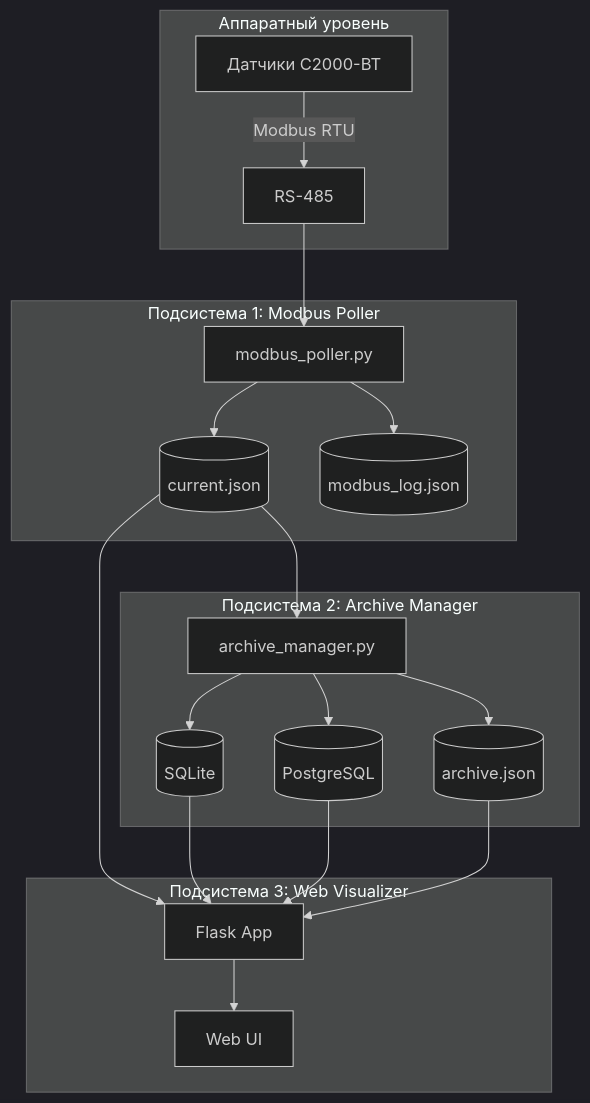
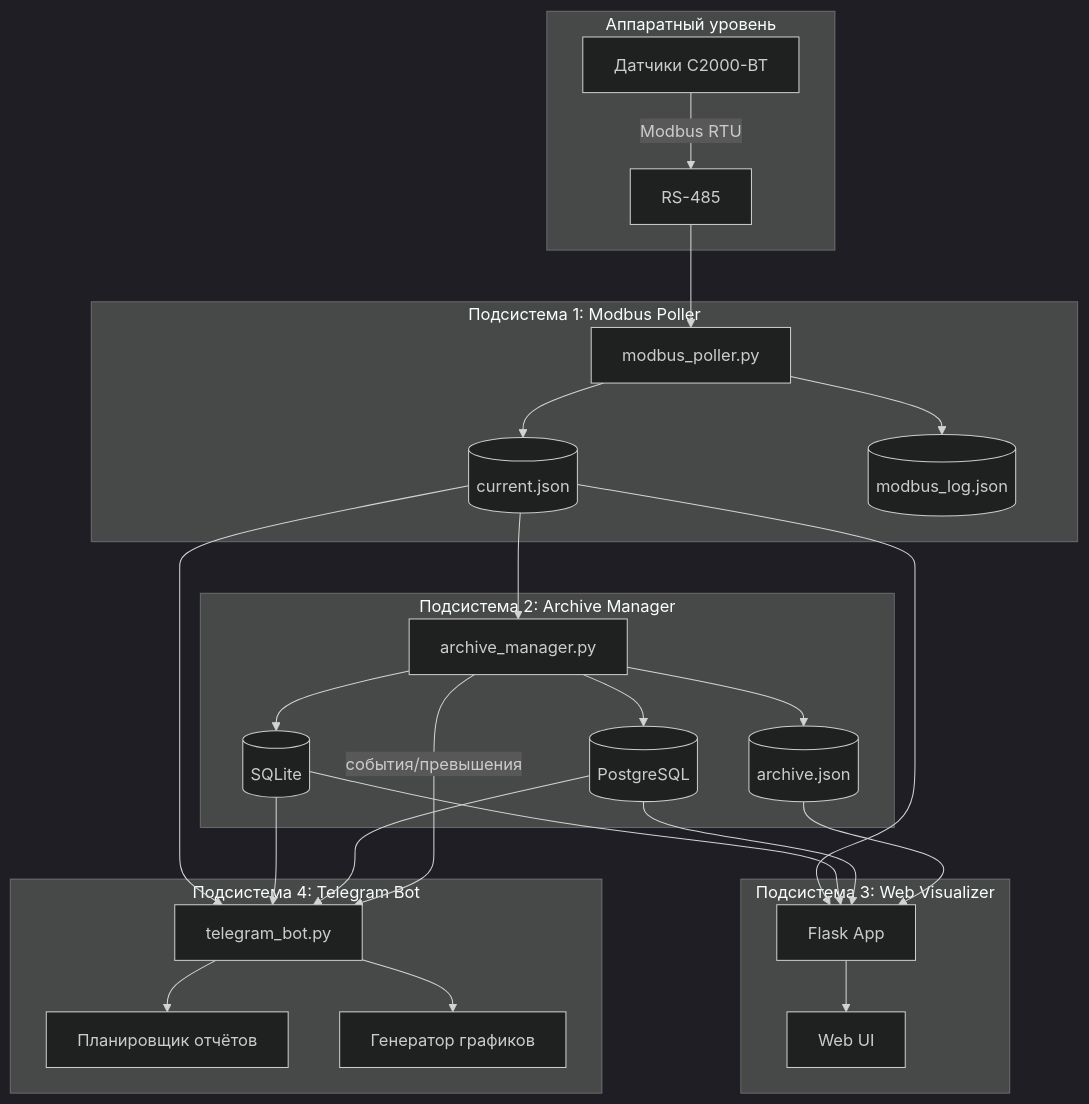
The first of 3 diagrams in Общее ТЗ на систему КВТ С.md (goreliy/KVT-C), drawn with Mermaid (dark theme) before and after one commit. The commit also changed other lines of this file and 44 other files, not shown here.

````diff
--- a/Общее ТЗ на систему КВТ С.md
+++ b/Общее ТЗ на систему КВТ С.md
@@ -53,41 +62,54 @@
 ```mermaid
 flowchart TB
     subgraph hardware [Аппаратный уровень]
         sensors[Датчики С2000-ВТ]
         rs485[RS-485]
     end
     
     subgraph poller [Подсистема 1: Modbus Poller]
         modbus_service[modbus_poller.py]
         current_json[(current.json)]
         modbus_log[(modbus_log.json)]
     end
     
     subgraph archiver [Подсистема 2: Archive Manager]
         archive_service[archive_manager.py]
         sqlite_db[(SQLite)]
         postgres_db[(PostgreSQL)]
         json_archive[(archive.json)]
     end
     
     subgraph visualizer [Подсистема 3: Web Visualizer]
         flask_app[Flask App]
         web_ui[Web UI]
     end
     
+    subgraph telegram_bot [Подсистема 4: Telegram Bot]
+        bot_service[telegram_bot.py]
+        scheduler[Планировщик отчётов]
+        chart_gen[Генератор графиков]
+    end
+    
     sensors -->|Modbus RTU| rs485
     rs485 --> modbus_service
     modbus_service --> current_json
     modbus_service --> modbus_log
     
     current_json --> archive_service
     archive_service --> sqlite_db
     archive_service --> postgres_db
     archive_service --> json_archive
     
     current_json --> flask_app
     sqlite_db --> flask_app
     postgres_db --> flask_app
     json_archive --> flask_app
     flask_app --> web_ui
+    
+    current_json --> bot_service
+    sqlite_db --> bot_service
+    postgres_db --> bot_service
+    bot_service --> scheduler
+    bot_service --> chart_gen
+    archive_service -->|события/превышения| bot_service
 ```
````
